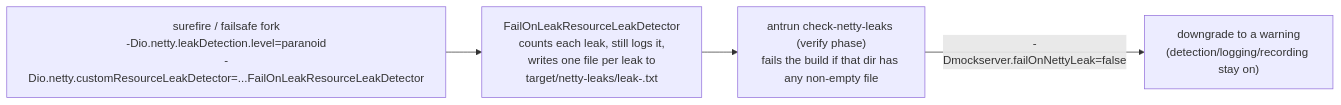
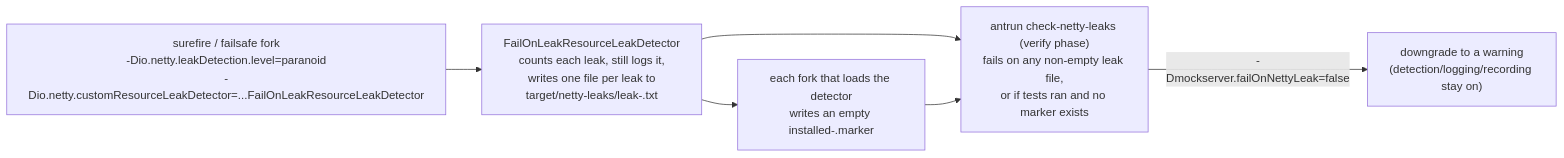
Diagram 33 of 33 in docs/code/netty-pipeline.md (inspire12/mockserver), drawn with Mermaid before and after one commit. The commit also changed other lines of this file and 16 other files, not shown here.

````diff
--- a/docs/code/netty-pipeline.md
+++ b/docs/code/netty-pipeline.md
@@ -2712,6 +2712,8 @@
 ```mermaid
 flowchart LR
     A["surefire / failsafe fork\n-Dio.netty.leakDetection.level=paranoid\n-Dio.netty.customResourceLeakDetector=...FailOnLeakResourceLeakDetector"] --> B["FailOnLeakResourceLeakDetector\ncounts each leak, still logs it,\nwrites one file per leak to\ntarget/netty-leaks/leak-<pid>.txt"]
-    B --> C["antrun check-netty-leaks (verify phase)\nfails the build if that dir has any non-empty file"]
+    B --> M["each fork that loads the detector\nwrites an empty installed-<pid>.marker"]
+    B --> C["antrun check-netty-leaks (verify phase)\nfails on any non-empty leak file,\nor if tests ran and no marker exists"]
+    M --> C
     C -->|"-Dmockserver.failOnNettyLeak=false"| D["downgrade to a warning\n(detection/logging/recording stay on)"]
 ```
````
